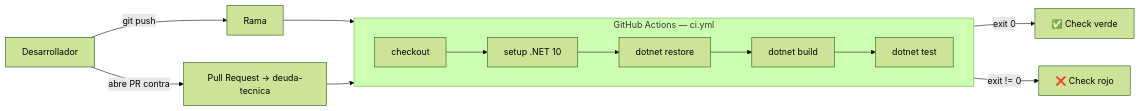
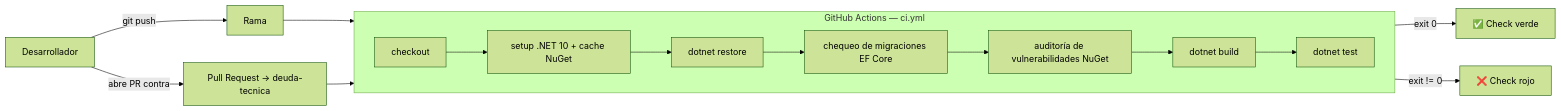
The second of 2 diagrams in README.md (Joako601/Proyecto-Jo), drawn with Mermaid (forest theme) before and after one commit. The commit also changed other lines of this file and 1 other file, not shown here.

````diff
--- a/README.md
+++ b/README.md
@@ -314,17 +324,17 @@
 ```mermaid
 flowchart LR
 
     DEV["Desarrollador"] -->|"git push"| BRANCH["Rama"]
     DEV -->|"abre PR contra"| PR["Pull Request → deuda-tecnica"]
 
     subgraph GH ["GitHub Actions — ci.yml"]
         direction LR
-        S1["checkout"] --> S2["setup .NET 10"] --> S3["dotnet restore"] --> S4["dotnet build"] --> S5["dotnet test"]
+        S1["checkout"] --> S2["setup .NET 10 + cache NuGet"] --> S3["dotnet restore"] --> S4["chequeo de migraciones EF Core"] --> S5["auditoría de vulnerabilidades NuGet"] --> S6["dotnet build"] --> S7["dotnet test"]
     end
 
     BRANCH --> GH
     PR --> GH
 
-    S5 -->|"exit 0"| GREEN["✅ Check verde"]
-    S5 -->|"exit != 0"| RED["❌ Check rojo"]
+    S7 -->|"exit 0"| GREEN["✅ Check verde"]
+    S7 -->|"exit != 0"| RED["❌ Check rojo"]
 ```
````
